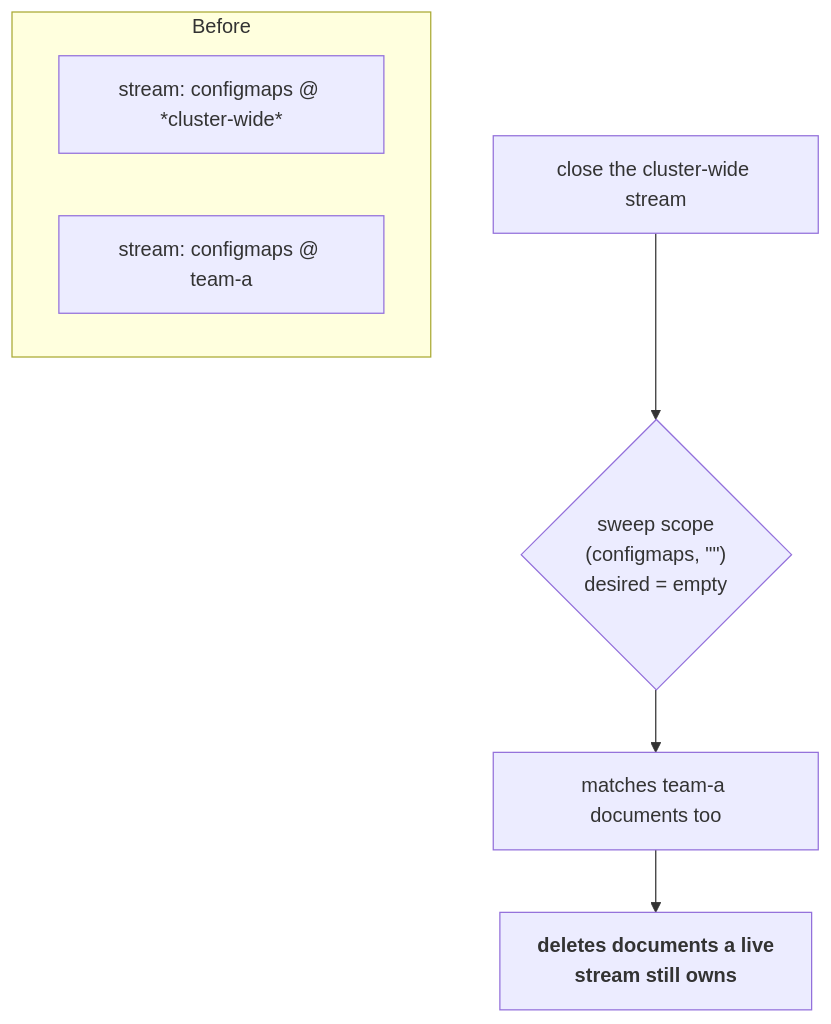
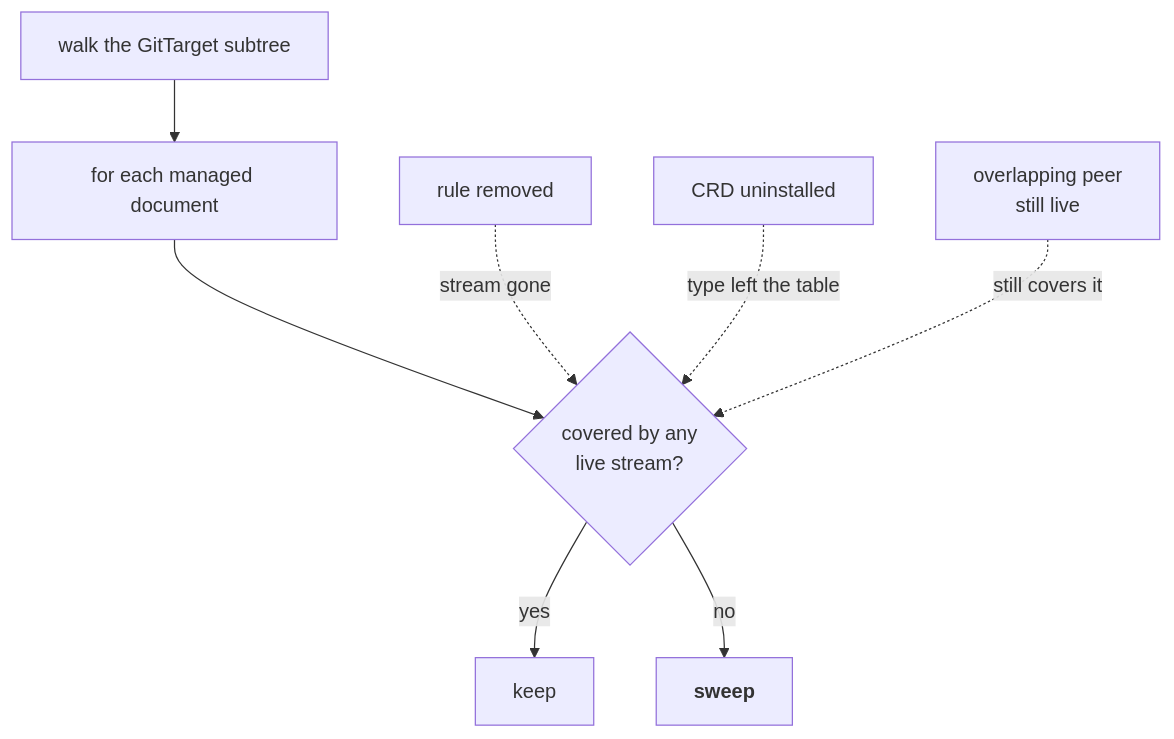
The eighth of 10 diagrams in docs/design/data-plane-triggering.md (ConfigButler/gitops-reverser), drawn with Mermaid before and after one commit. The commit also changed other lines of this file, not shown here.

First line of the commit message:
docs(design): replace per-scope close sweeps with a coverage rule

````diff
--- a/docs/design/data-plane-triggering.md
+++ b/docs/design/data-plane-triggering.md
@@ -459,10 +454,11 @@
 ```mermaid
 flowchart TB
-    subgraph Before["Before"]
-        A["stream: configmaps @ *cluster-wide*"]
-        B["stream: configmaps @ team-a"]
-    end
-    C["close the cluster-wide stream"] --> D{"sweep scope<br/>(configmaps, &quot;&quot;)<br/>desired = empty"}
-    D --> E["matches team-a documents too"]
-    E --> F["<b>deletes documents a live<br/>stream still owns</b>"]
+    W["walk the GitTarget subtree"] --> D["for each managed document"]
+    D --> Q{"covered by any<br/>live stream?"}
+    Q -->|"yes"| K["keep"]
+    Q -->|"no"| S["<b>sweep</b>"]
+
+    R1["rule removed"] -.->|"stream gone"| Q
+    R2["CRD uninstalled"] -.->|"type left the table"| Q
+    R3["overlapping peer<br/>still live"] -.->|"still covers it"| Q
 ```
````
